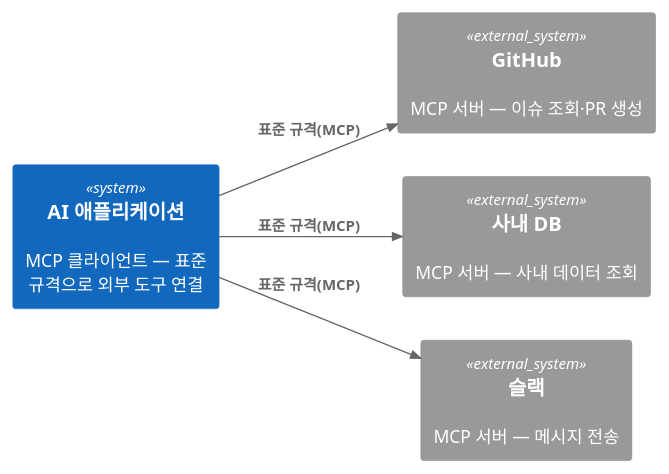
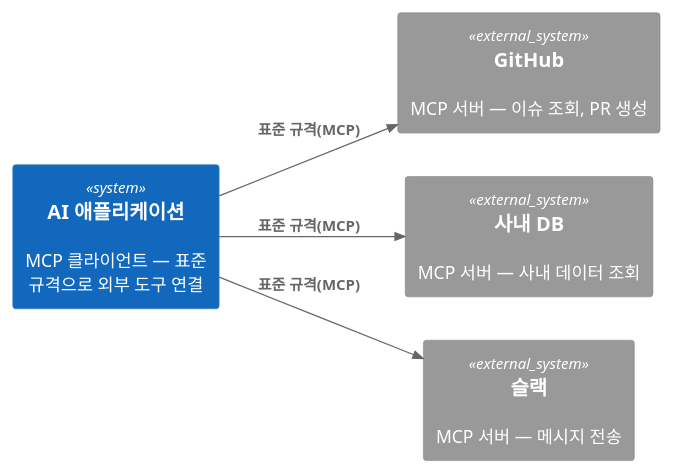
The third of 3 diagrams in blog/2026-08-05-ai-concepts-llm-agent-mcp.mdx (johnycho/johny-dev), drawn with PlantUML before and after one commit. The commit also changed other lines of this file and 188 other files, not shown here.

````diff
--- a/blog/2026-08-05-ai-concepts-llm-agent-mcp.mdx
+++ b/blog/2026-08-05-ai-concepts-llm-agent-mcp.mdx
@@ -126,18 +126,18 @@
 ```plantuml
 @startuml
 !include https://raw.githubusercontent.com/plantuml-stdlib/C4-PlantUML/master/C4_Context.puml
 
 LAYOUT_LEFT_RIGHT()
 
 System(app, "AI 애플리케이션", "MCP 클라이언트 — 표준 규격으로 외부 도구 연결")
 
-System_Ext(github, "GitHub", "MCP 서버 — 이슈 조회·PR 생성")
+System_Ext(github, "GitHub", "MCP 서버 — 이슈 조회, PR 생성")
 System_Ext(db, "사내 DB", "MCP 서버 — 사내 데이터 조회")
 System_Ext(slack, "슬랙", "MCP 서버 — 메시지 전송")
 
 Rel(app, github, "표준 규격(MCP)")
 Rel(app, db, "표준 규격(MCP)")
 Rel(app, slack, "표준 규격(MCP)")
 
 @enduml
 ```
````
